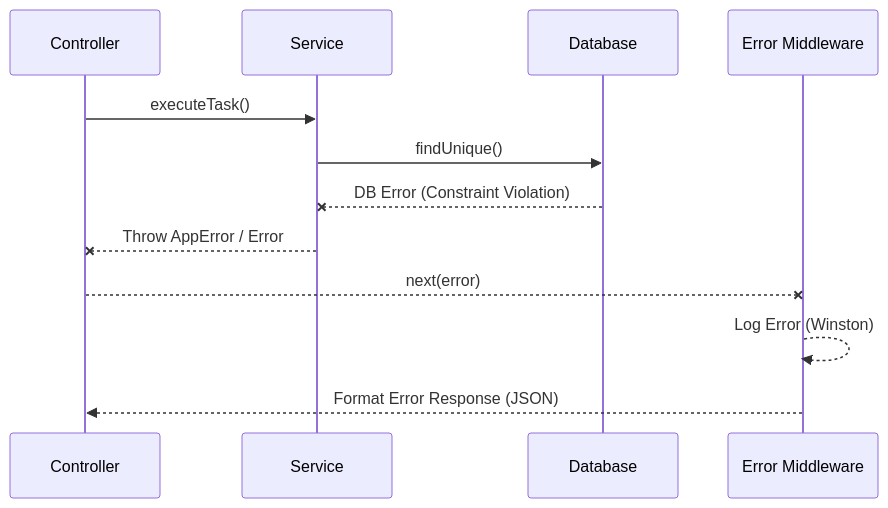
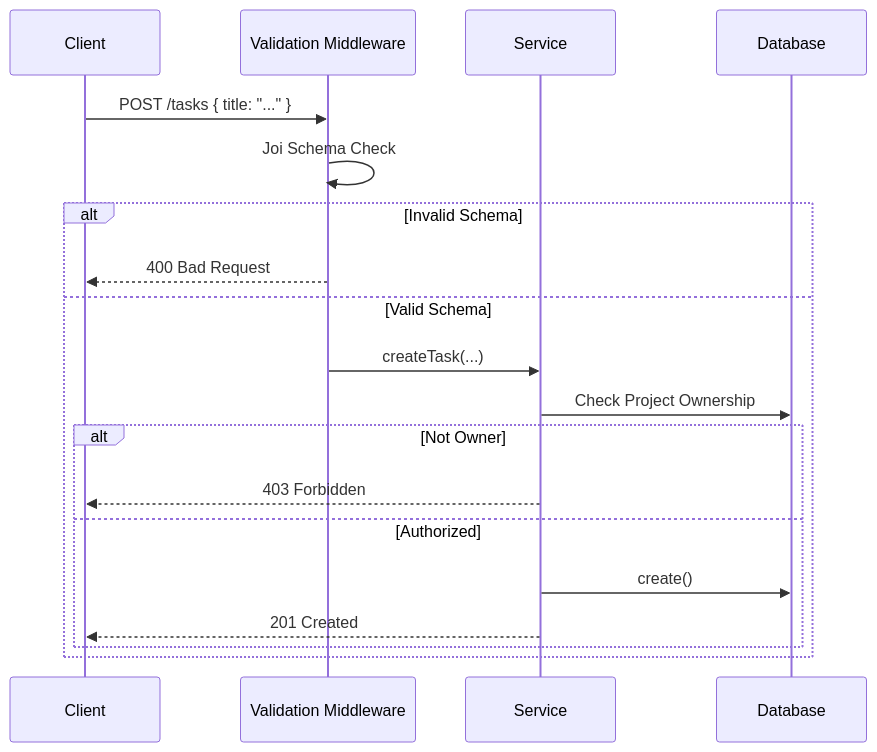
Before and after one commit to siddhantdeval/real-time-task-manager: the second of 3 diagrams in backend/docs/data_flow.md, drawn with Mermaid. The commit also changed other lines of this file and 3 other files, not shown here.

Commit message:
docs: comprehensive rewrite of API reference, backend overview, and system data flow

````diff
--- a/backend/docs/data_flow.md
+++ b/backend/docs/data_flow.md
@@ -46,15 +55,22 @@
 ```mermaid
 sequenceDiagram
-    participant C as Controller
+    participant C as Client
+    participant M as Validation Middleware
     participant S as Service
-    participant D as Database
-    participant M as Error Middleware
+    participant DB as Database
 
-    C->>S: executeTask()
-    S->>D: findUnique()
-    D--xS: DB Error (Constraint Violation)
-    S--xC: Throw AppError / Error
-    C--xM: next(error)
-    M-->>M: Log Error (Winston)
-    M-->>C: Format Error Response (JSON)
+    C->>M: POST /tasks { title: "..." }
+    M->>M: Joi Schema Check
+    alt Invalid Schema
+        M-->>C: 400 Bad Request
+    else Valid Schema
+        M->>S: createTask(...)
+        S->>DB: Check Project Ownership
+        alt Not Owner
+            S-->>C: 403 Forbidden
+        else Authorized
+            S->>DB: create()
+            S-->>C: 201 Created
+        end
+    end
 ```
````
